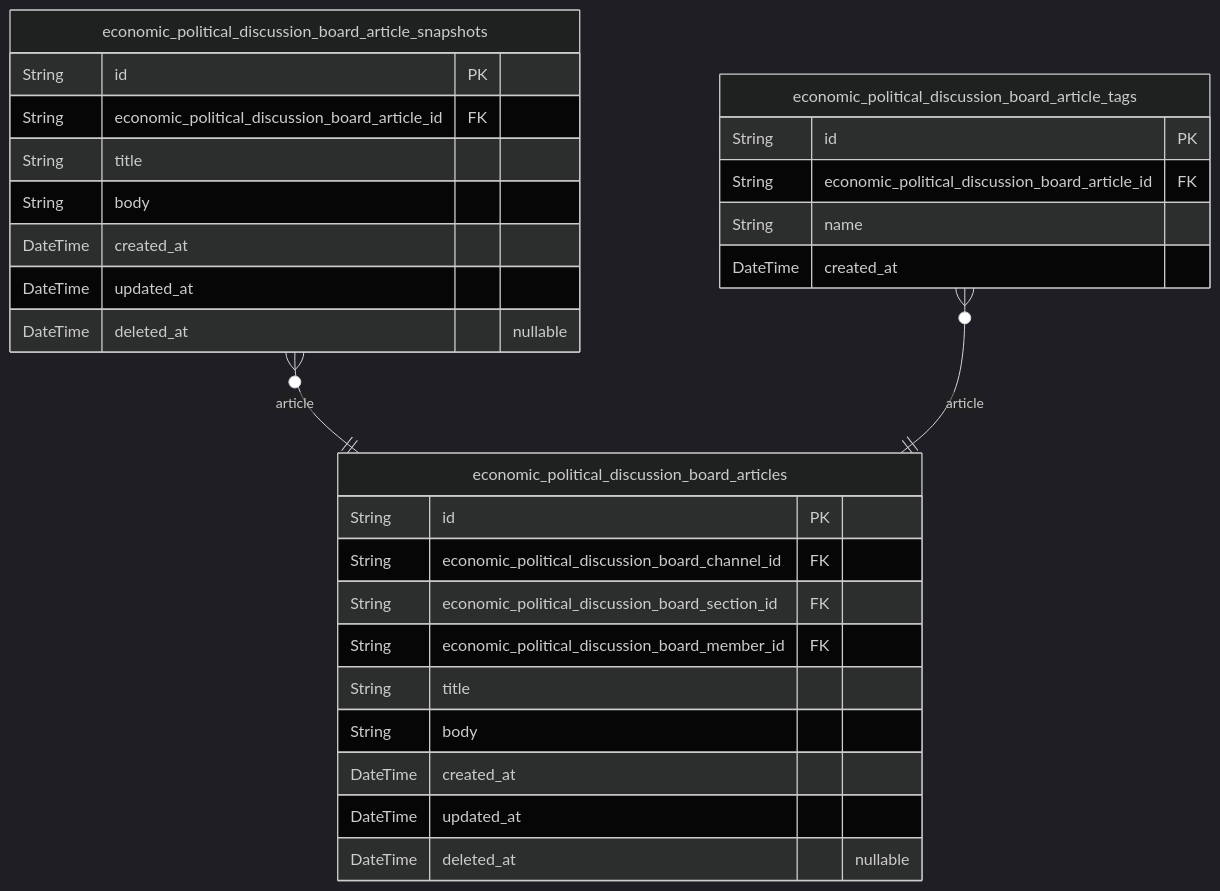
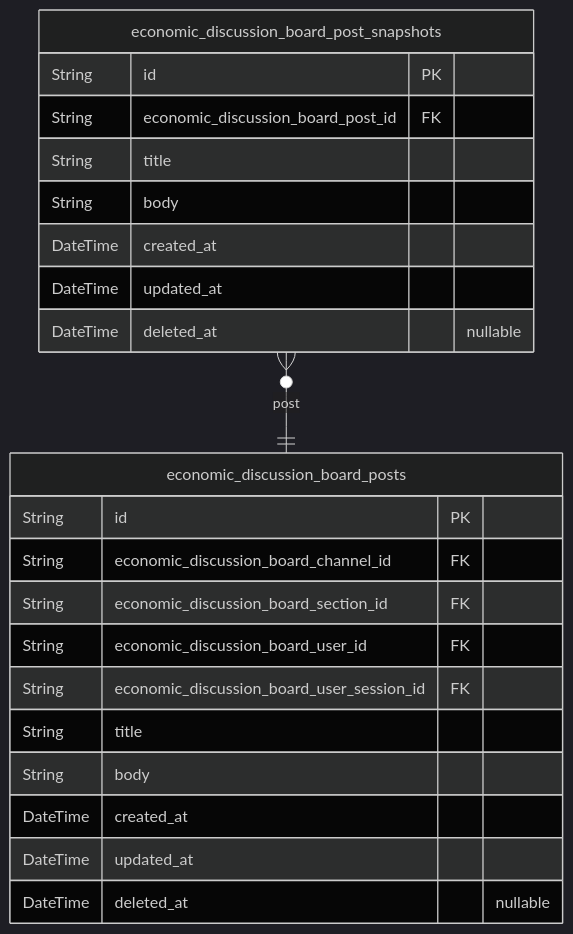
Before and after one commit to wrtnlabs/autobe-examples: the third of 5 diagrams in mistralai/codestral-2508/bbs/docs/ERD.md, drawn with Mermaid (dark theme). The commit also changed other lines of this file and 3569 other files, not shown here.

````diff
--- a/mistralai/codestral-2508/bbs/docs/ERD.md
+++ b/mistralai/codestral-2508/bbs/docs/ERD.md
@@ -241,31 +220,25 @@
 ```mermaid
 erDiagram
-"economic_political_discussion_board_articles" {
+"economic_discussion_board_posts" {
   String id PK
-  String economic_political_discussion_board_channel_id FK
-  String economic_political_discussion_board_section_id FK
-  String economic_political_discussion_board_member_id FK
+  String economic_discussion_board_channel_id FK
+  String economic_discussion_board_section_id FK
+  String economic_discussion_board_user_id FK
+  String economic_discussion_board_user_session_id FK
   String title
   String body
   DateTime created_at
   DateTime updated_at
   DateTime deleted_at "nullable"
 }
-"economic_political_discussion_board_article_snapshots" {
+"economic_discussion_board_post_snapshots" {
   String id PK
-  String economic_political_discussion_board_article_id FK
+  String economic_discussion_board_post_id FK
   String title
   String body
   DateTime created_at
   DateTime updated_at
   DateTime deleted_at "nullable"
 }
-"economic_political_discussion_board_article_tags" {
-  String id PK
-  String economic_political_discussion_board_article_id FK
-  String name
-  DateTime created_at
-}
-"economic_political_discussion_board_article_snapshots" }o--|| "economic_political_discussion_board_articles" : article
-"economic_political_discussion_board_article_tags" }o--|| "economic_political_discussion_board_articles" : article
+"economic_discussion_board_post_snapshots" }o--|| "economic_discussion_board_posts" : post
 ```
````
